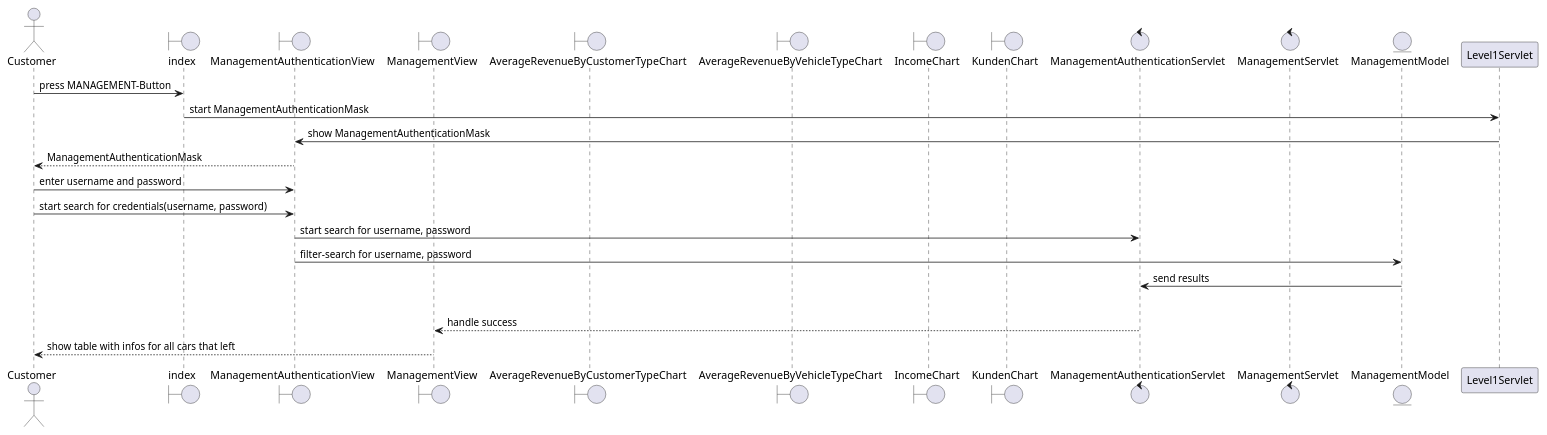
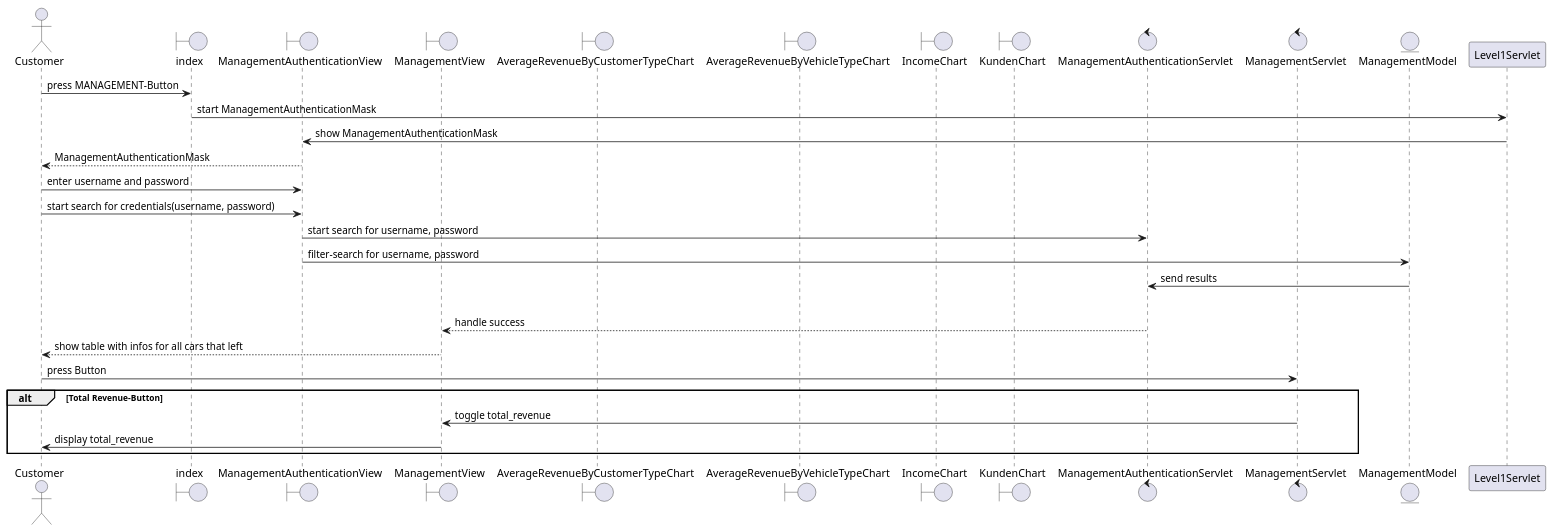
Before and after one commit to 1nbetw33n/Parkhaus_new: the diagram in src/main/parkhaus-project/Parkhaus/java/Planung/DIAGRAMM/sd_Management.puml, drawn with PlantUML.

Commit message:
Added Total Revenue

```diff
--- a/src/main/parkhaus-project/Parkhaus/java/Planung/DIAGRAMM/sd_Management.puml
+++ b/src/main/parkhaus-project/Parkhaus/java/Planung/DIAGRAMM/sd_Management.puml
@@ -1,28 +1,33 @@
 @startuml
 'https://plantuml.com/sequence-diagram
 actor Customer
 boundary index
 boundary ManagementAuthenticationView
 boundary ManagementView
 boundary AverageRevenueByCustomerTypeChart
 boundary AverageRevenueByVehicleTypeChart
 boundary IncomeChart
 boundary KundenChart
 control ManagementAuthenticationServlet
 control ManagementServlet
 entity ManagementModel
 Customer -> index : press MANAGEMENT-Button
 index -> Level1Servlet : start ManagementAuthenticationMask
 Level1Servlet -> ManagementAuthenticationView : show ManagementAuthenticationMask
 ManagementAuthenticationView --> Customer : ManagementAuthenticationMask
 Customer -> ManagementAuthenticationView : enter username and password
 Customer -> ManagementAuthenticationView : start search for credentials(username, password)
 ManagementAuthenticationView -> ManagementAuthenticationServlet : start search for username, password
 ManagementAuthenticationView -> ManagementModel : filter-search for username, password
 ManagementModel -> ManagementAuthenticationServlet : send results
 alt credentials valid
     ManagementAuthenticationServlet --> ManagementView : handle success
     ManagementView --> Customer : show table with infos for all cars that left
+    Customer -> ManagementServlet : press Button
+    alt Total Revenue-Button
+        ManagementServlet -> ManagementView : toggle total_revenue
+        ManagementView -> Customer : display total_revenue
+    end
 
 
 @enduml
```
